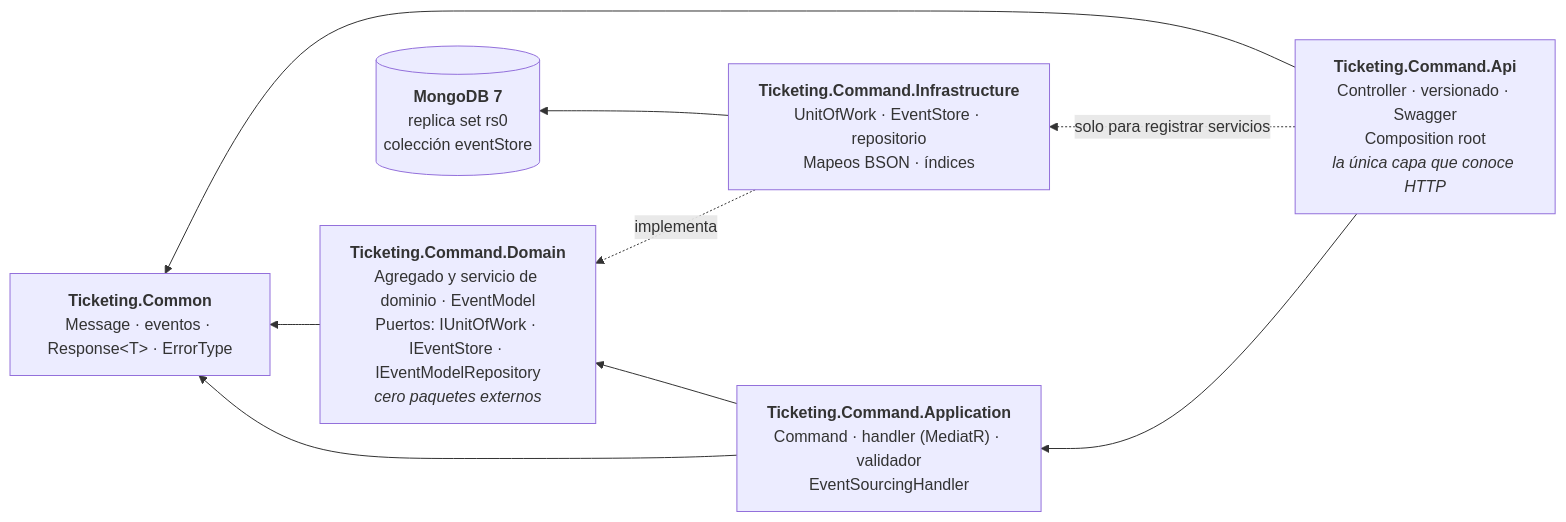
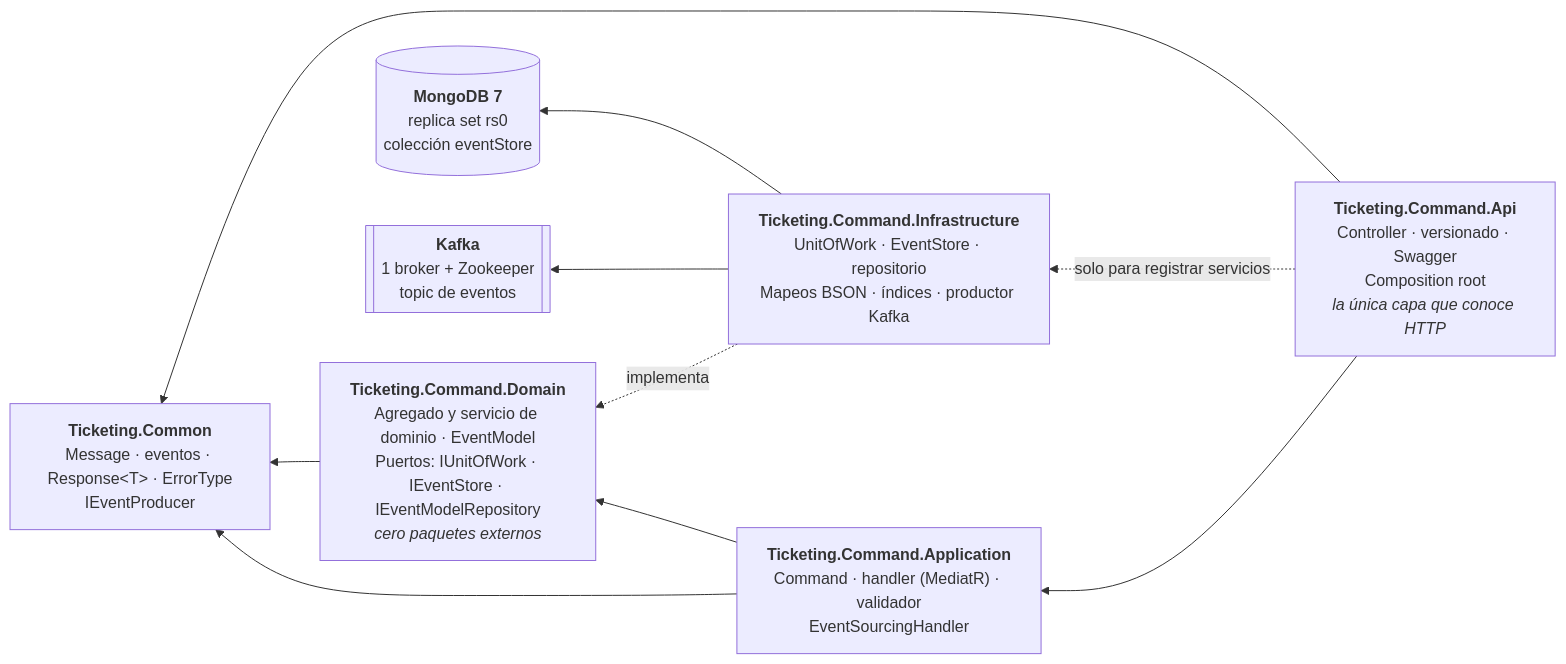
The diagram in Microservices-Events/README.md (rubendevvalencia/BackendPortfolio), drawn with Mermaid before and after one commit. The commit also changed other lines of this file and 8 other files, not shown here.

````diff
--- a/Microservices-Events/README.md
+++ b/Microservices-Events/README.md
@@ -32,18 +34,20 @@
 ```mermaid
 flowchart RL
     API["<b>Ticketing.Command.Api</b><br/>Controller · versionado · Swagger<br/>Composition root<br/><i>la única capa que conoce HTTP</i>"]
     APP["<b>Ticketing.Command.Application</b><br/>Command · handler (MediatR) · validador<br/>EventSourcingHandler"]
     DOM["<b>Ticketing.Command.Domain</b><br/>Agregado y servicio de dominio · EventModel<br/>Puertos: IUnitOfWork · IEventStore · IEventModelRepository<br/><i>cero paquetes externos</i>"]
-    INF["<b>Ticketing.Command.Infrastructure</b><br/>UnitOfWork · EventStore · repositorio<br/>Mapeos BSON · índices"]
-    COM["<b>Ticketing.Common</b><br/>Message · eventos · Response&lt;T&gt; · ErrorType"]
+    INF["<b>Ticketing.Command.Infrastructure</b><br/>UnitOfWork · EventStore · repositorio<br/>Mapeos BSON · índices · productor Kafka"]
+    COM["<b>Ticketing.Common</b><br/>Message · eventos · Response&lt;T&gt; · ErrorType<br/>IEventProducer"]
     MONGO[("<b>MongoDB 7</b><br/>replica set rs0<br/>colección eventStore")]
+    KAFKA[["<b>Kafka</b><br/>1 broker + Zookeeper<br/>topic de eventos"]]
 
     API --> APP
     APP --> DOM
     INF -.->|implementa| DOM
     API -.->|solo para registrar servicios| INF
     APP --> COM
     DOM --> COM
     API --> COM
     INF --> MONGO
+    INF --> KAFKA
 ```
````
